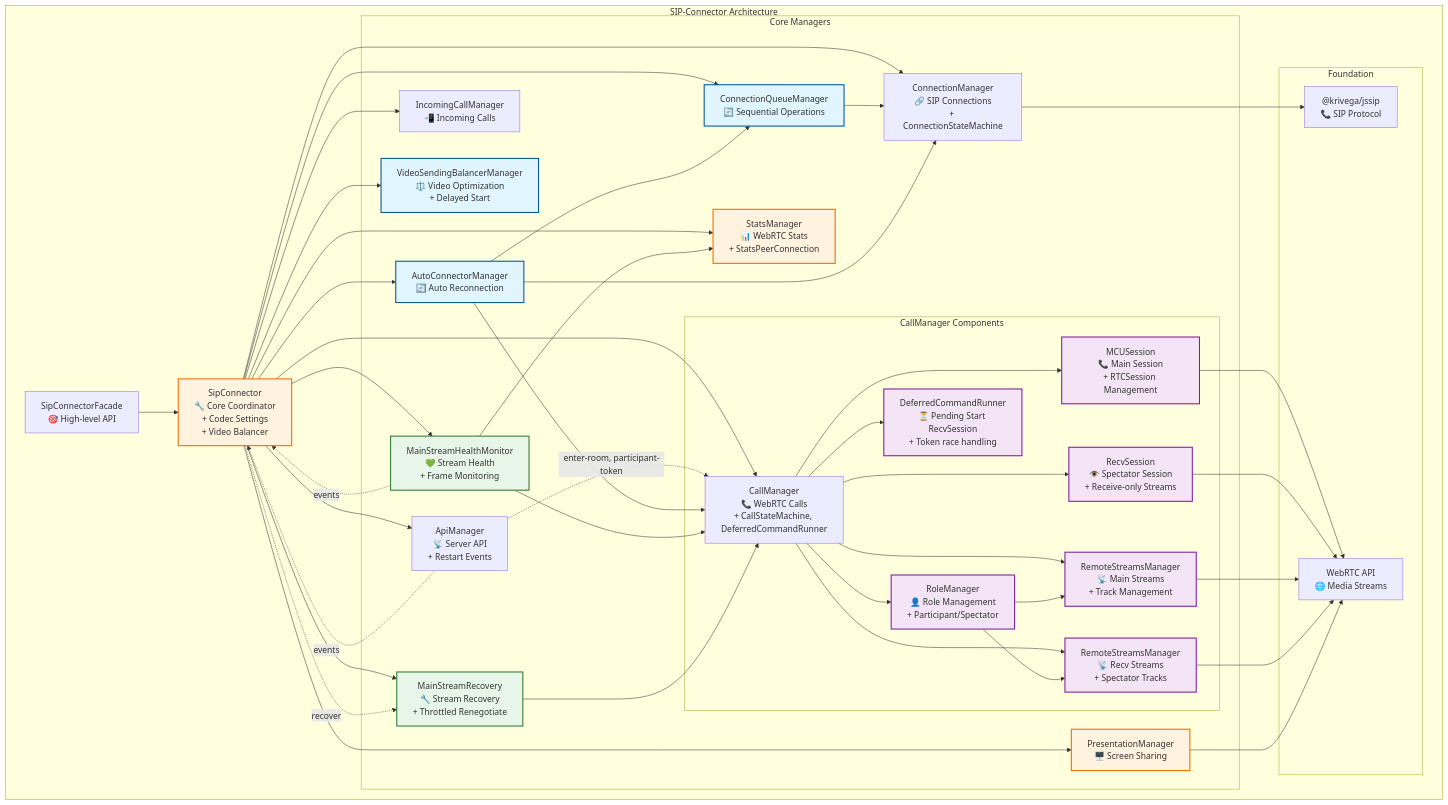
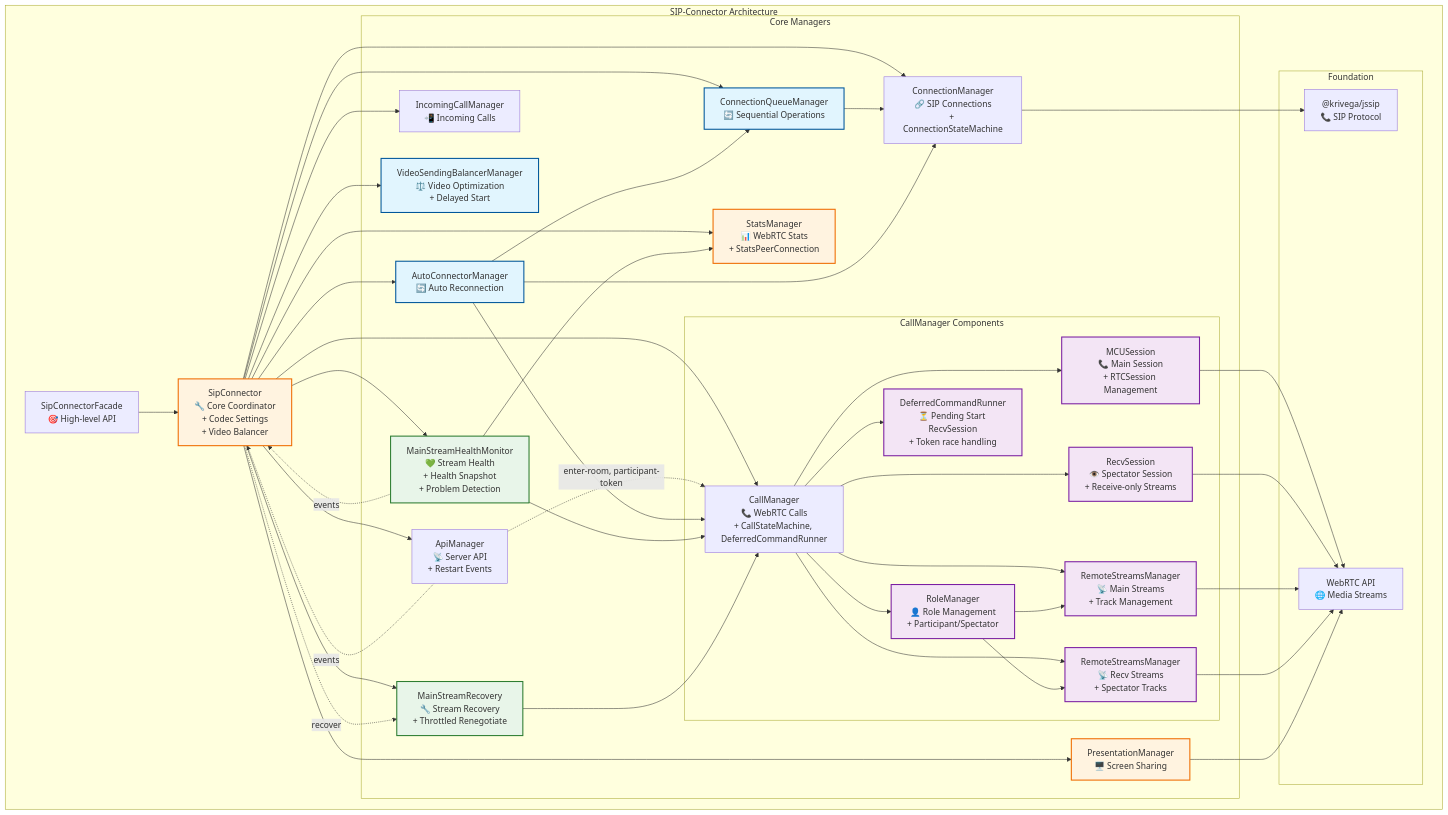
The diagram in docs/arch/overview.md (Krivega/sip-connector), drawn with Mermaid before and after one commit. The commit also changed other lines of this file and 10 other files, not shown here.

Commit message:
feat: enhance MainStreamHealthMonitor with health snapshot and problem detection

```diff
--- a/docs/arch/overview.md
+++ b/docs/arch/overview.md
@@ -99,7 +101,7 @@
             I["VideoSendingBalancerManager<br/>⚖️ Video Optimization<br/>+ Delayed Start"]
             K["ConnectionQueueManager<br/>🔄 Sequential Operations"]
             L["AutoConnectorManager<br/>🔄 Auto Reconnection"]
-            MSH["MainStreamHealthMonitor<br/>💚 Stream Health<br/>+ Frame Monitoring"]
+            MSH["MainStreamHealthMonitor<br/>💚 Stream Health<br/>+ Health Snapshot<br/>+ Problem Detection"]
             MSR["MainStreamRecovery<br/>🔧 Stream Recovery<br/>+ Throttled Renegotiate"]
         end
 
```
